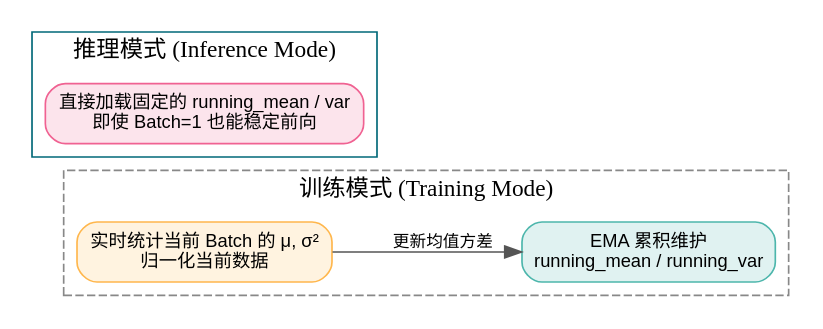
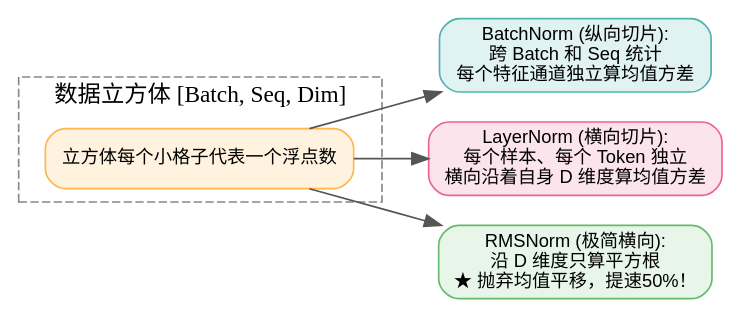
The first of 2 diagrams in src/content/posts/dl-operators-04-normalization-layernorm-rmsnorm-guide.md (hqu-little-boy/blog), drawn with Graphviz before and after one commit. The commit also changed other lines of this file and 11 other files, not shown here.

````diff
--- a/src/content/posts/dl-operators-04-normalization-layernorm-rmsnorm-guide.md
+++ b/src/content/posts/dl-operators-04-normalization-layernorm-rmsnorm-guide.md
@@ -261,23 +48,20 @@
 ```graphviz
-digraph BatchNormModes {
+digraph NormSlicing {
     rankdir=LR;
     node [fontname="Helvetica,Arial,sans-serif", fontsize=11, shape=rect, style="rounded,filled", fillcolor="#f0f4f8", color="#b0c4de"];
     edge [fontname="Helvetica,Arial,sans-serif", fontsize=10, color="#555555"];
 
-    subgraph cluster_train {
-        label = "训练模式 (Training Mode)";
-        style = dashed;
-        color = "#888888";
-        t_stat [label="实时统计当前 Batch 的 μ, σ²\n归一化当前数据", fillcolor="#fff3e0", color="#ffb74d"];
-        t_ema [label="EMA 累积维护\nrunning_mean / running_var", fillcolor="#e0f2f1", color="#4db6ac"];
-        t_stat -> t_ema [label="更新均值方差"];
+    subgraph cluster_cube {
+        label = "数据立方体 [Batch, Seq, Dim]"; style=dashed; color="#888888";
+        box [label="立方体每个小格子代表一个浮点数", fillcolor="#fff3e0", color="#ffb74d"];
     }
 
-    subgraph cluster_infer {
-        label = "推理模式 (Inference Mode)";
-        style = solid;
-        color = "#006878";
-        i_run [label="直接加载固定的 running_mean / var\n即使 Batch=1 也能稳定前向", fillcolor="#fce4ec", color="#f06292"];
-    }
+    bn [label="BatchNorm (纵向切片):\n跨 Batch 和 Seq 统计\n每个特征通道独立算均值方差", fillcolor="#e0f2f1", color="#4db6ac"];
+    ln [label="LayerNorm (横向切片):\n每个样本、每个 Token 独立\n横向沿着自身 D 维度算均值方差", fillcolor="#fce4ec", color="#f06292"];
+    rms [label="RMSNorm (极简横向):\n沿 D 维度只算平方根\n★ 抛弃均值平移，提速50%！", fillcolor="#e8f5e9", color="#66bb6a"];
+
+    box -> bn;
+    box -> ln;
+    box -> rms;
 }
 ```
````
